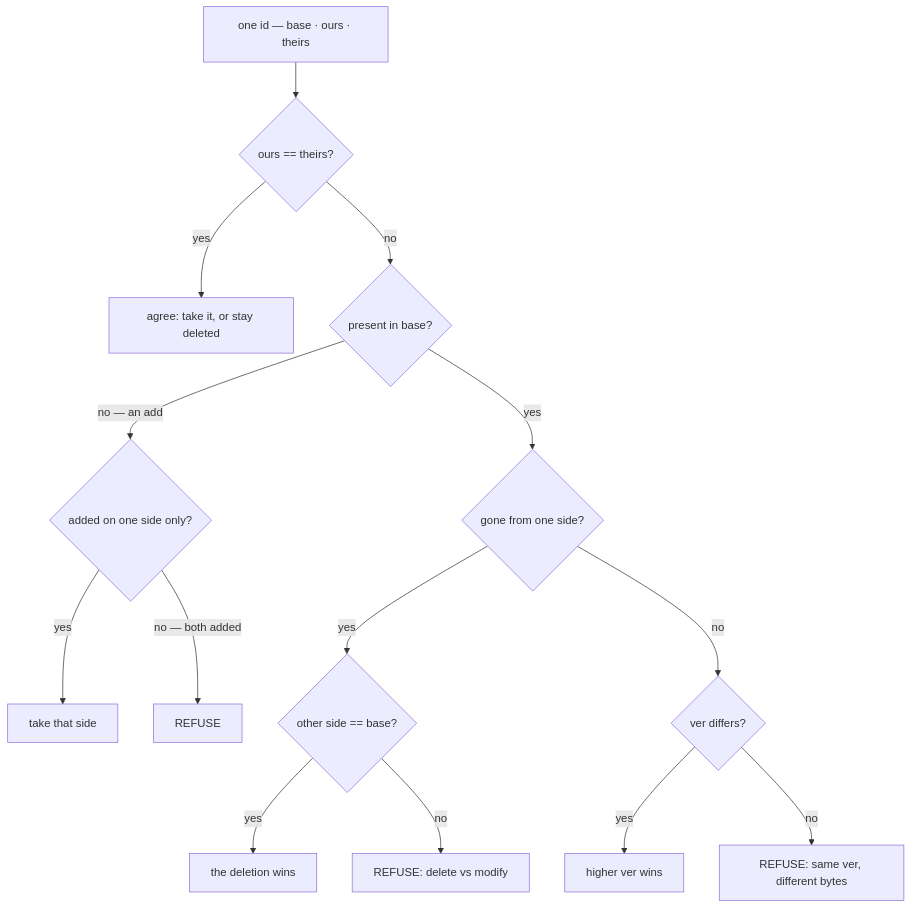
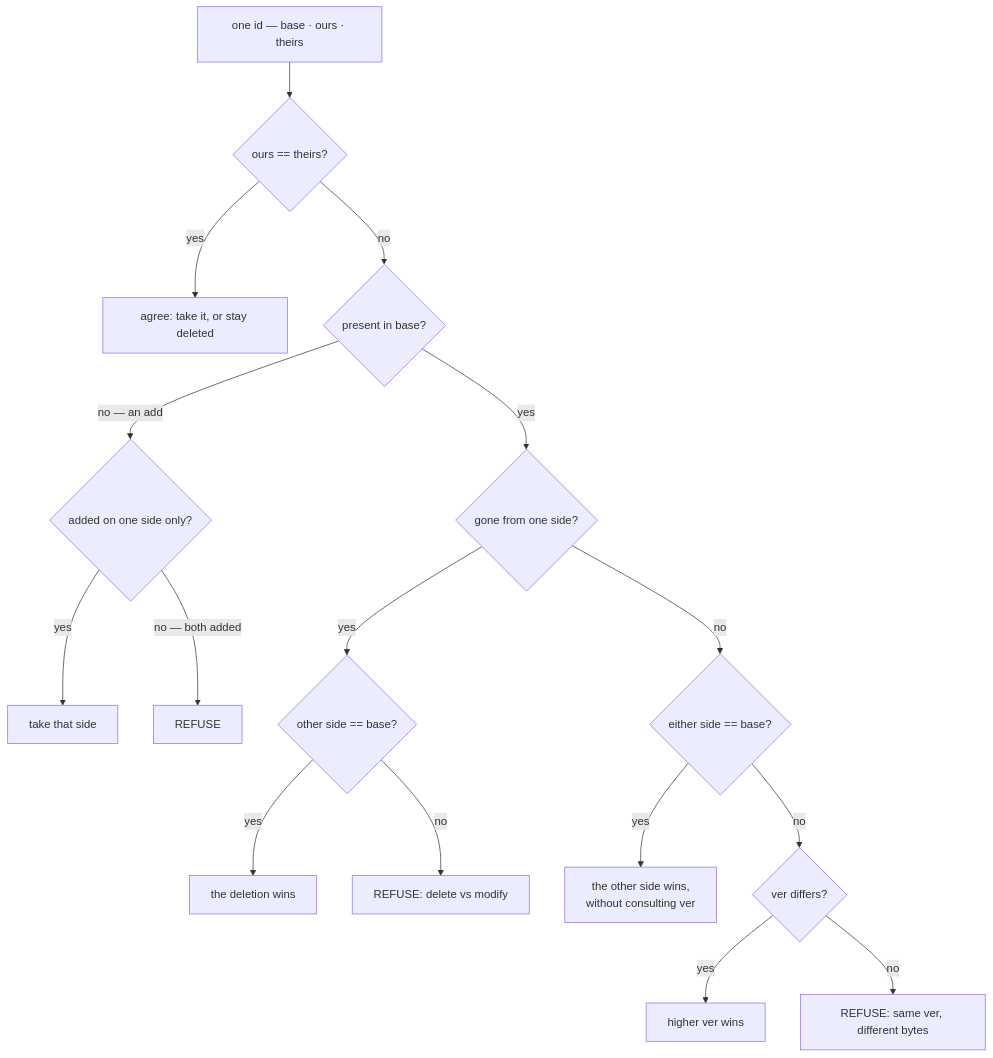
One commit to arpitarya/fux changed the diagram in docs/adr/0033_merge-driver.md. Above: the diagram before and after it, drawn with Mermaid. The commit also changed other lines of this file and 442 other files, not shown here.

````diff
--- a/docs/adr/0033_merge-driver.md
+++ b/docs/adr/0033_merge-driver.md
@@ -67,16 +33,18 @@
 ```mermaid
 flowchart TD
     S["one id — base · ours · theirs"] --> EQ{"ours == theirs?"}
     EQ -->|yes| T1["agree: take it, or stay deleted"]
     EQ -->|no| B{"present in base?"}
     B -->|"no — an add"| A{"added on one side only?"}
     A -->|yes| T2["take that side"]
     A -->|"no — both added"| R1["REFUSE"]
     B -->|yes| D{"gone from one side?"}
     D -->|yes| DB{"other side == base?"}
     DB -->|yes| T3["the deletion wins"]
     DB -->|no| R2["REFUSE: delete vs modify"]
-    D -->|no| V{"ver differs?"}
+    D -->|no| BA{"either side == base?"}
+    BA -->|yes| T5["the other side wins,<br/>without consulting ver"]
+    BA -->|no| V{"ver differs?"}
     V -->|yes| T4["higher ver wins"]
     V -->|no| R3["REFUSE: same ver, different bytes"]
 ```
````
